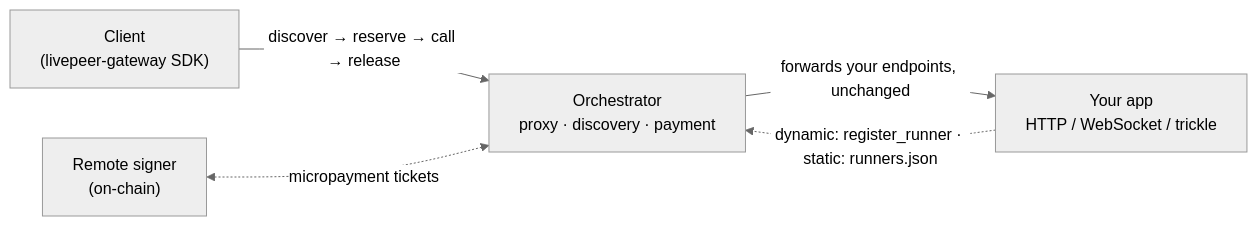
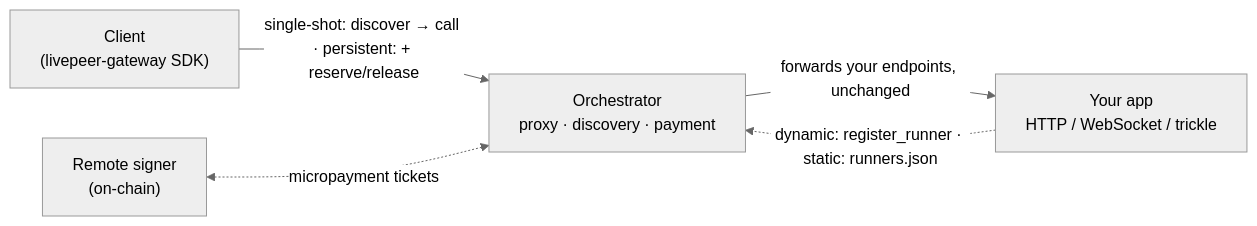
Before and after one commit to livepeer/live-runner-example-apps: the first of 2 diagrams in README.md, drawn with Mermaid (neutral theme). The commit also changed other lines of this file and 3 other files, not shown here.

````diff
--- a/README.md
+++ b/README.md
@@ -14,12 +14,12 @@
 ```mermaid
 flowchart LR
   client["Client<br/>(livepeer-gateway SDK)"]
   orch["Orchestrator<br/>proxy · discovery · payment"]
   app["Your app<br/>HTTP / WebSocket / trickle"]
   signer["Remote signer<br/>(on-chain)"]
 
-  client -->|"discover → reserve → call → release"| orch
+  client -->|"single-shot: discover → call · persistent: + reserve/release"| orch
   orch -->|"forwards your endpoints, unchanged"| app
   app -.->|"dynamic: register_runner · static: runners.json"| orch
   signer <-.->|"micropayment tickets"| orch
 ```
````
